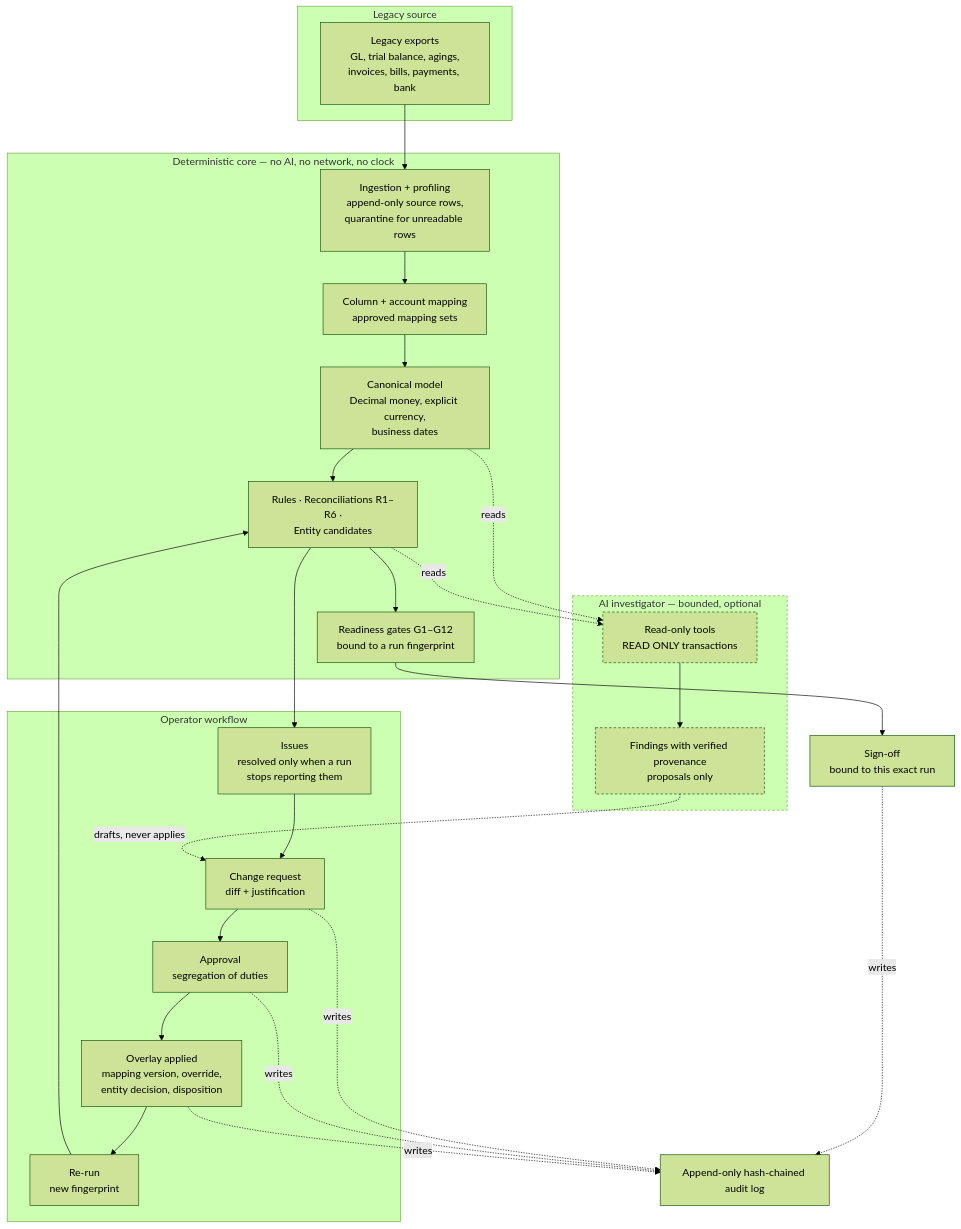
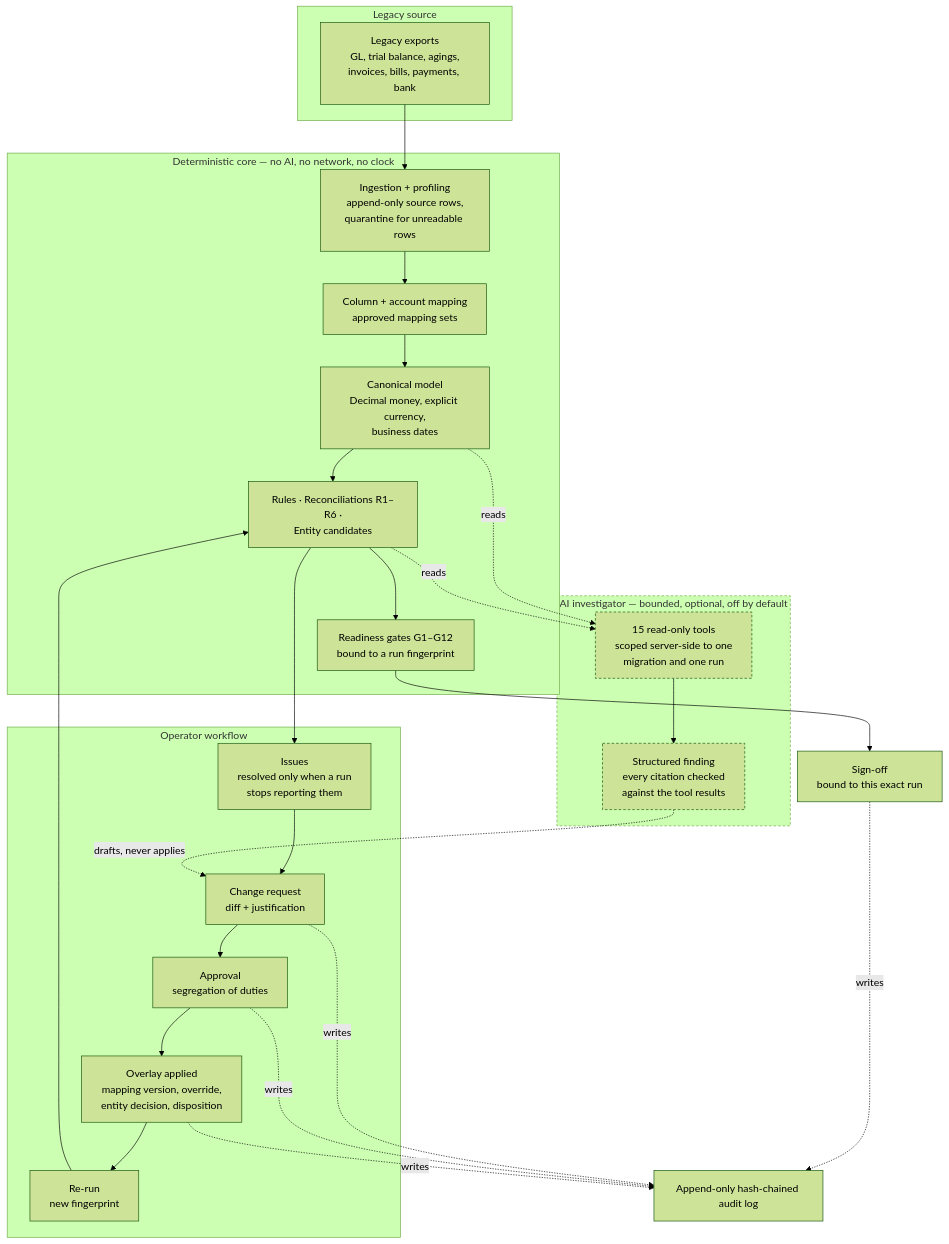
Before and after one commit to yds233013/relay: the diagram in README.md, drawn with Mermaid (forest theme). The commit also changed other lines of this file and 3 other files, not shown here.

````diff
--- a/README.md
+++ b/README.md
@@ -197,45 +204,45 @@
 ```mermaid
 flowchart TB
     subgraph src["Legacy source"]
         EXPORTS["Legacy exports<br/>GL, trial balance, agings,<br/>invoices, bills, payments, bank"]
     end
 
     subgraph det["Deterministic core — no AI, no network, no clock"]
         INGEST["Ingestion + profiling<br/>append-only source rows,<br/>quarantine for unreadable rows"]
         MAP["Column + account mapping<br/>approved mapping sets"]
         CANON["Canonical model<br/>Decimal money, explicit currency,<br/>business dates"]
         ENGINE["Rules · Reconciliations R1–R6 ·<br/>Entity candidates"]
         GATES["Readiness gates G1–G12<br/>bound to a run fingerprint"]
     end
 
     subgraph ops["Operator workflow"]
         ISSUES["Issues<br/>resolved only when a run<br/>stops reporting them"]
         CR["Change request<br/>diff + justification"]
         APPROVE["Approval<br/>segregation of duties"]
         OVERLAY["Overlay applied<br/>mapping version, override,<br/>entity decision, disposition"]
         RERUN["Re-run<br/>new fingerprint"]
     end
 
     AUDIT["Append-only hash-chained audit log"]
     SIGNOFF["Sign-off<br/>bound to this exact run"]
 
-    subgraph ai["AI investigator — bounded, optional"]
-        TOOLS["Read-only tools<br/>READ ONLY transactions"]
-        FINDING["Findings with verified provenance<br/>proposals only"]
+    subgraph ai["AI investigator — bounded, optional, off by default"]
+        TOOLS["15 read-only tools<br/>scoped server-side to one<br/>migration and one run"]
+        FINDING["Structured finding<br/>every citation checked<br/>against the tool results"]
     end
 
     EXPORTS --> INGEST --> MAP --> CANON --> ENGINE --> GATES
     ENGINE --> ISSUES --> CR --> APPROVE --> OVERLAY --> RERUN --> ENGINE
     GATES --> SIGNOFF
     CR -.writes.-> AUDIT
     APPROVE -.writes.-> AUDIT
     OVERLAY -.writes.-> AUDIT
     SIGNOFF -.writes.-> AUDIT
     CANON -.reads.-> TOOLS
     ENGINE -.reads.-> TOOLS
     TOOLS --> FINDING
     FINDING -.->|"drafts, never applies"| CR
 
     classDef aiStyle stroke-dasharray: 4 3;
     class ai,TOOLS,FINDING aiStyle;
 ```
````
